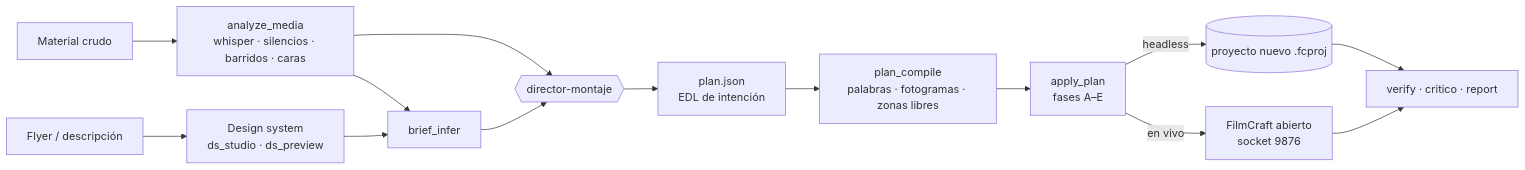
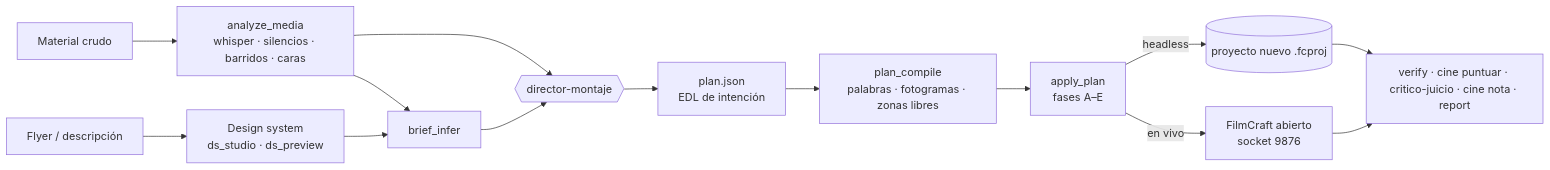
One commit to juan52878911/filmcraft-studio changed the diagram in README.md. Above: the diagram before and after it, drawn with Mermaid. The commit also changed other lines of this file and 35 other files, not shown here.

First line of the commit message:
agentes: critico y critico-estilo se funden en critico-juicio; skills y comandos usan cine

````diff
--- a/README.md
+++ b/README.md
@@ -149,16 +149,16 @@
 ```mermaid
 flowchart LR
   M[Material crudo] --> A[analyze_media<br/>whisper · silencios · barridos · caras]
   F[Flyer / descripción] --> DS[Design system<br/>ds_studio · ds_preview]
   A --> B[brief_infer]
   DS --> B
   A --> D{{director-montaje}}
   B --> D
   D --> P[plan.json<br/>EDL de intención]
   P --> C[plan_compile<br/>palabras · fotogramas · zonas libres]
   C --> E[apply_plan<br/>fases A–E]
   E -->|headless| H[(proyecto nuevo .fcproj)]
   E -->|en vivo| L[FilmCraft abierto<br/>socket 9876]
-  H --> V[verify · critico · report]
+  H --> V[verify · cine puntuar · critico-juicio · cine nota · report]
   L --> V
 ```
````
